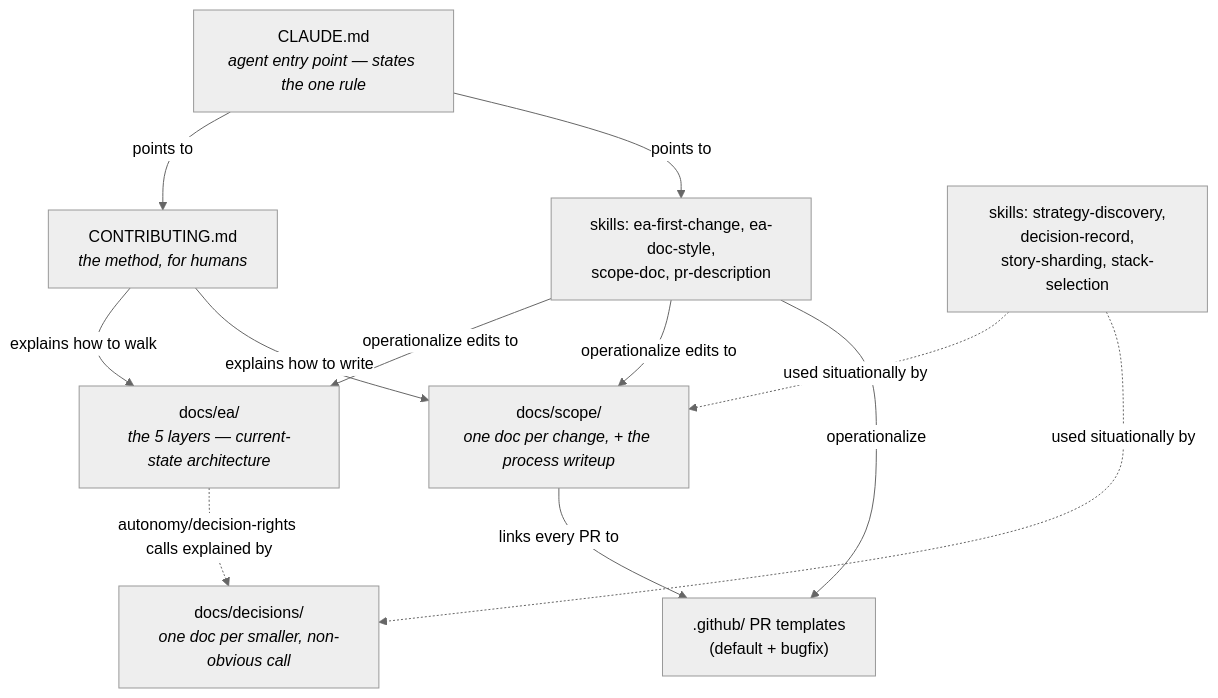
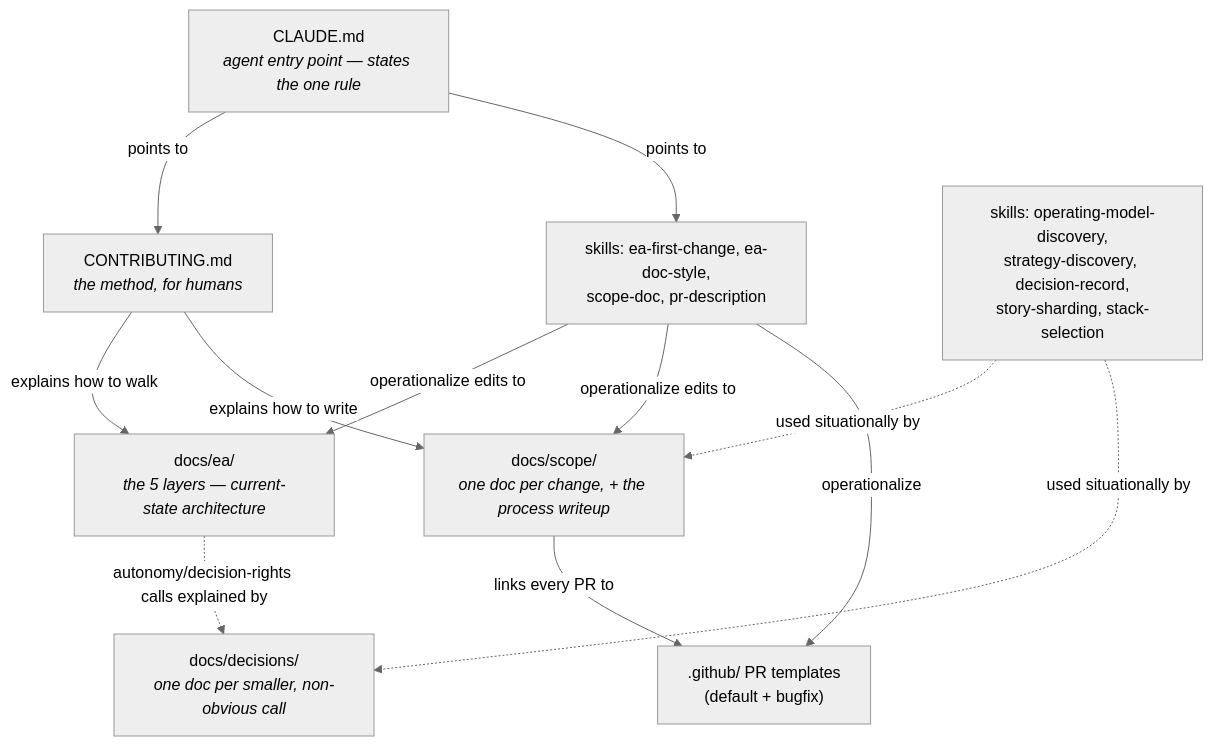
The diagram in README.md (roanboc/architecture-archreator), drawn with Mermaid (neutral theme) before and after one commit. The commit also changed other lines of this file and 30 other files, not shown here.

````diff
--- a/README.md
+++ b/README.md
@@ -141,23 +174,23 @@
 ```mermaid
 flowchart TB
   claude["CLAUDE.md<br><i>agent entry point — states the one rule</i>"]
   contrib["CONTRIBUTING.md<br><i>the method, for humans</i>"]
   ea["docs/ea/<br><i>the 5 layers — current-state architecture</i>"]
   scope["docs/scope/<br><i>one doc per change, + the process writeup</i>"]
   decisions["docs/decisions/<br><i>one doc per smaller, non-obvious call</i>"]
   skillscore["skills: ea-first-change, ea-doc-style,<br>scope-doc, pr-description"]
-  skillssupport["skills: strategy-discovery,<br>decision-record,<br>story-sharding, stack-selection"]
+  skillssupport["skills: operating-model-discovery,<br>strategy-discovery, decision-record,<br>story-sharding, stack-selection"]
   pr[".github/ PR templates<br>(default + bugfix)"]
 
   claude -->|points to| contrib
   claude -->|points to| skillscore
   contrib -->|explains how to walk| ea
   contrib -->|explains how to write| scope
   skillscore -->|operationalize edits to| ea
   skillscore -->|operationalize edits to| scope
   skillscore -->|operationalize| pr
   skillssupport -.->|used situationally by| scope
   skillssupport -.->|used situationally by| decisions
   ea -.->|autonomy/decision-rights calls explained by| decisions
   scope -->|links every PR to| pr
 ```
````
